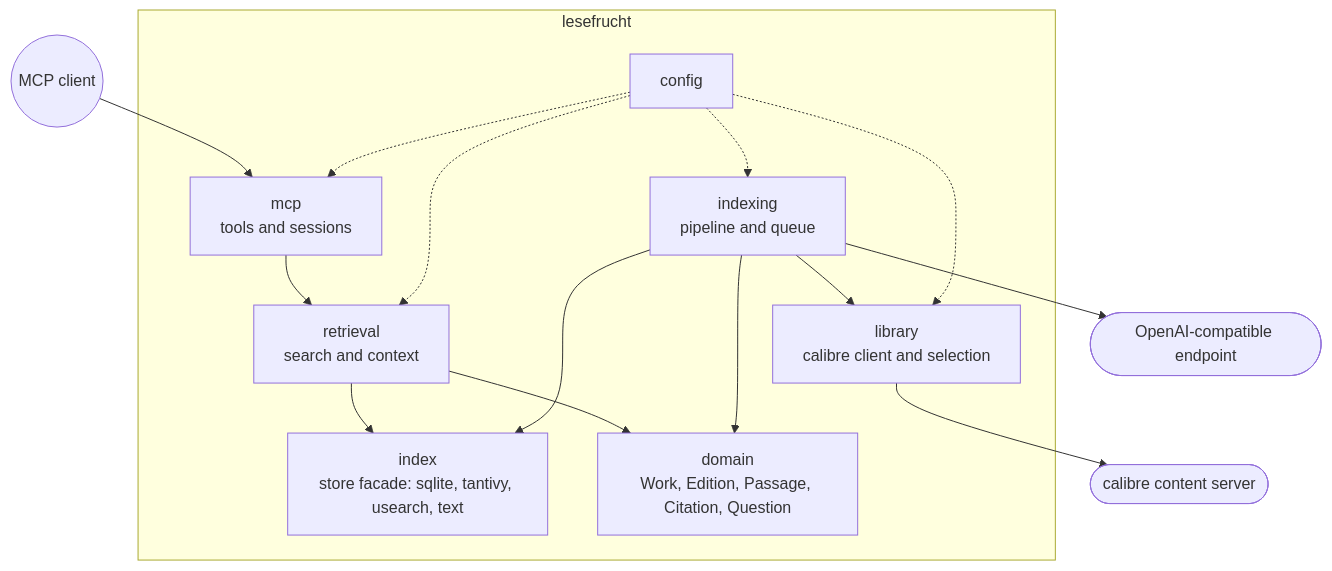
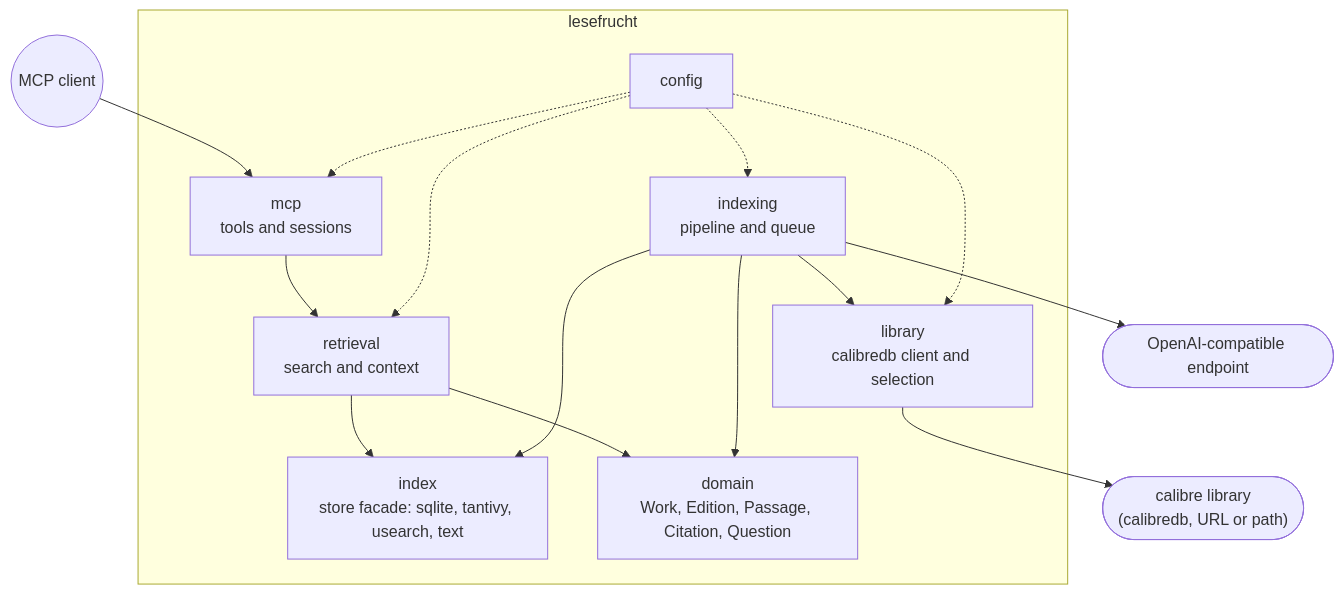
The diagram in docs/arc42/05-building-block-view.md (kressnerd/lesefrucht), drawn with Mermaid before and after one commit. The commit also changed other lines of this file and 23 other files, not shown here.

````diff
--- a/docs/arc42/05-building-block-view.md
+++ b/docs/arc42/05-building-block-view.md
@@ -5,29 +5,29 @@
 ```mermaid
 flowchart TB
   Agent(("MCP client"))
   subgraph sys["lesefrucht"]
     MCP["mcp<br/>tools and sessions"]
     RET["retrieval<br/>search and context"]
     ING["indexing<br/>pipeline and queue"]
-    LIB["library<br/>calibre client and selection"]
+    LIB["library<br/>calibredb client and selection"]
     STORE["index<br/>store facade: sqlite, tantivy, usearch, text"]
     DOM["domain<br/>Work, Edition, Passage, Citation, Question"]
     CFG["config"]
   end
-  Calibre(["calibre content server"])
+  Calibre(["calibre library<br/>(calibredb, URL or path)"])
   Embed(["OpenAI-compatible endpoint"])
 
   Agent --> MCP
   MCP --> RET
   RET --> STORE
   RET --> DOM
   ING --> LIB
   ING --> Embed
   ING --> STORE
   ING --> DOM
   LIB --> Calibre
   CFG -.-> MCP
   CFG -.-> RET
   CFG -.-> ING
   CFG -.-> LIB
 ```
````
